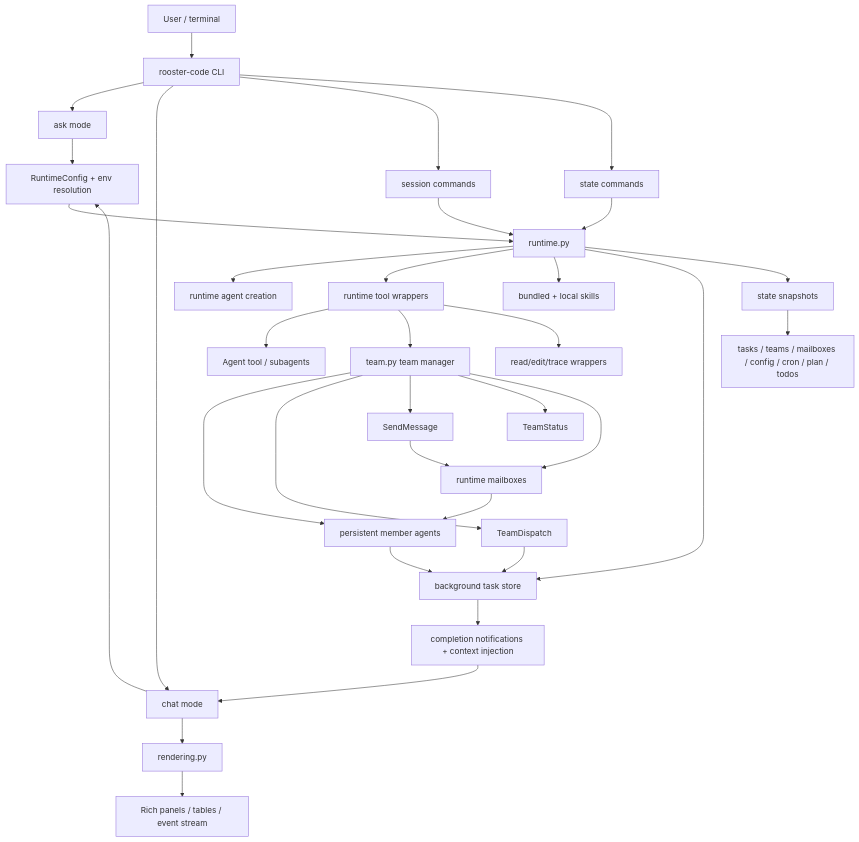
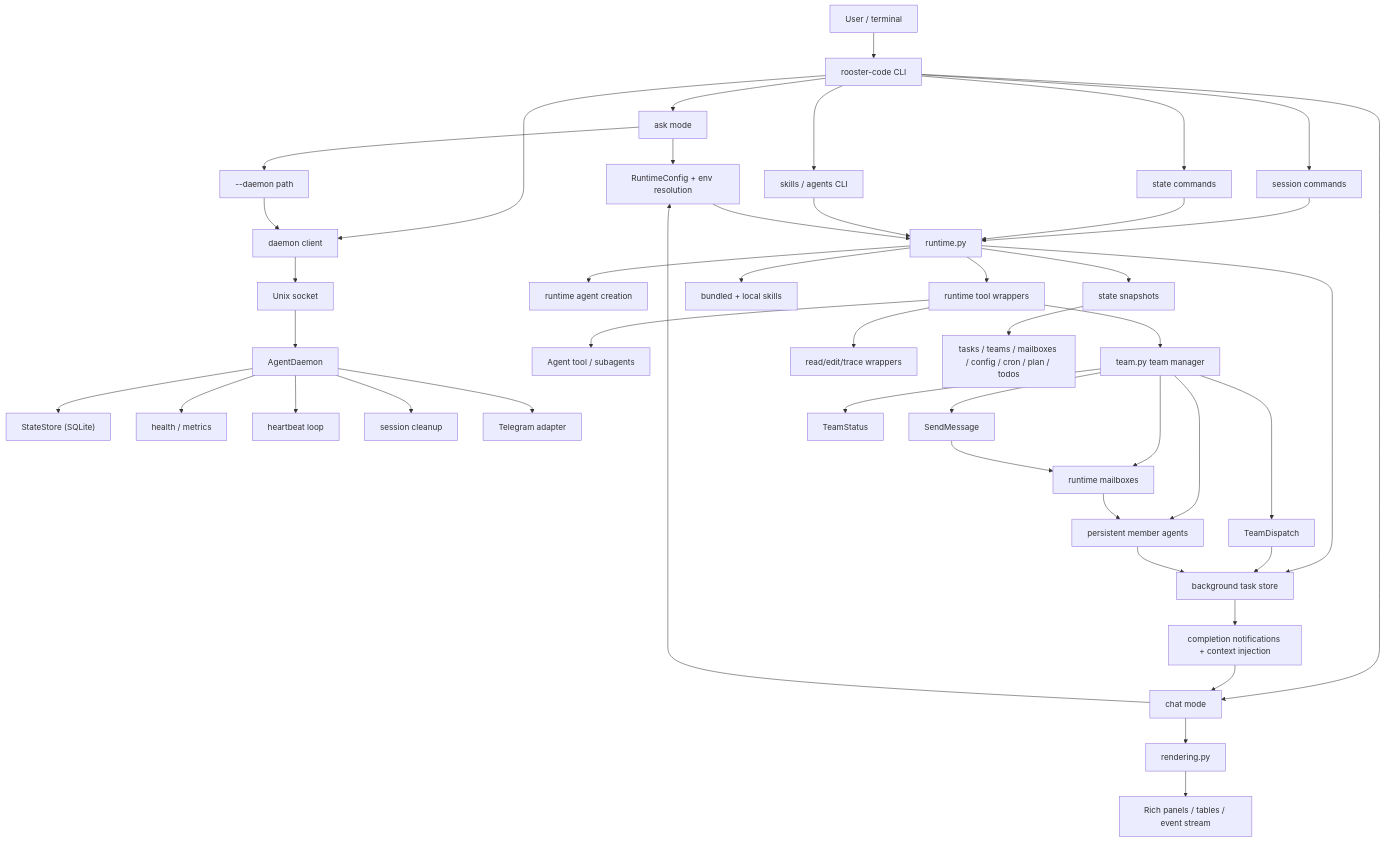
Before and after one commit to cgycorey/rooster-code: the second of 2 diagrams in README.md, drawn with Mermaid. The commit also changed other lines of this file and 2 other files, not shown here.

First line of the commit message:
Add missing SDK features: daemon passthrough, CLI commands, README

````diff
--- a/README.md
+++ b/README.md
@@ -198,43 +292,58 @@
 ```mermaid
 flowchart TD
     U["User / terminal"] --> CLI["rooster-code CLI"]
 
     CLI --> ASK["ask mode"]
     CLI --> CHAT["chat mode"]
     CLI --> SESS["session commands"]
     CLI --> STATE["state commands"]
+    CLI --> SK["skills / agents CLI"]
+    CLI --> DMC["daemon client"]
+
+    ASK --> DMASK["--daemon path"]
+    DMASK --> DMC
+
+    DMC --> SOCK["Unix socket"]
+
+    SOCK --> DAEMON["AgentDaemon"]
+    DAEMON --> STORE["StateStore (SQLite)"]
+    DAEMON --> HEALTH["health / metrics"]
+    DAEMON --> HB["heartbeat loop"]
+    DAEMON --> CLEANUP["session cleanup"]
+    DAEMON --> ADAPTER["Telegram adapter"]
 
     ASK --> CFG["RuntimeConfig + env resolution"]
     CHAT --> CFG
     SESS --> RUNTIME["runtime.py"]
     STATE --> RUNTIME
+    SK --> RUNTIME
     CFG --> RUNTIME
 
     RUNTIME --> AGENT["runtime agent creation"]
     RUNTIME --> TOOLS["runtime tool wrappers"]
     RUNTIME --> SKILLS["bundled + local skills"]
     RUNTIME --> TASKS["background task store"]
     RUNTIME --> SNAP["state snapshots"]
 
     CHAT --> RENDER["rendering.py"]
     RENDER --> PANELS["Rich panels / tables / event stream"]
 
     TOOLS --> SUBAGENT["Agent tool / subagents"]
     TOOLS --> TEAM["team.py team manager"]
     TOOLS --> READWRITE["read/edit/trace wrappers"]
 
     TEAM --> MEMBERS["persistent member agents"]
     TEAM --> DISPATCH["TeamDispatch"]
     TEAM --> MSG["SendMessage"]
     TEAM --> STATUS["TeamStatus"]
     TEAM --> MBOX["runtime mailboxes"]
 
     DISPATCH --> TASKS
     MSG --> MBOX
     MBOX --> MEMBERS
     MEMBERS --> TASKS
 
     SNAP --> STATEOUT["tasks / teams / mailboxes / config / cron / plan / todos"]
     TASKS --> NOTIFY["completion notifications + context injection"]
     NOTIFY --> CHAT
 ```
````
